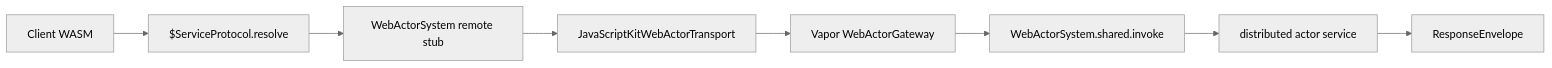
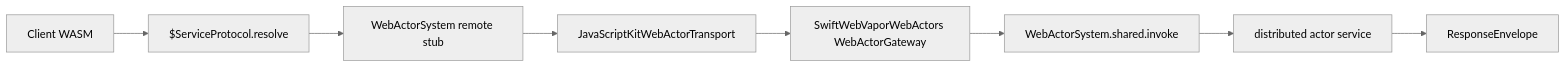
Before and after one commit to 1amageek/swift-web: the eighth of 10 diagrams in Sources/SwiftWeb/README.md, drawn with Mermaid (neutral theme). The commit also changed other lines of this file and 354 other files, not shown here.

````diff
--- a/Sources/SwiftWeb/README.md
+++ b/Sources/SwiftWeb/README.md
@@ -394,10 +393,10 @@
 ```mermaid
 flowchart LR
   A["Client WASM"] --> B["$ServiceProtocol.resolve"]
   B --> C["WebActorSystem remote stub"]
   C --> D["JavaScriptKitWebActorTransport"]
-  D --> E["Vapor WebActorGateway"]
+  D --> E["SwiftWebVaporWebActors WebActorGateway"]
   E --> F["WebActorSystem.shared.invoke"]
   F --> G["distributed actor service"]
   G --> H["ResponseEnvelope"]
 ```
````
